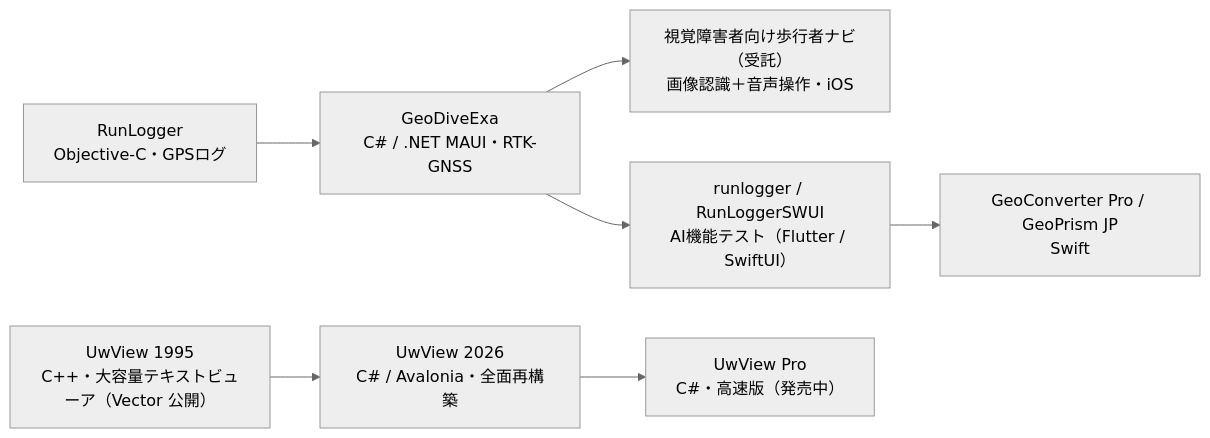
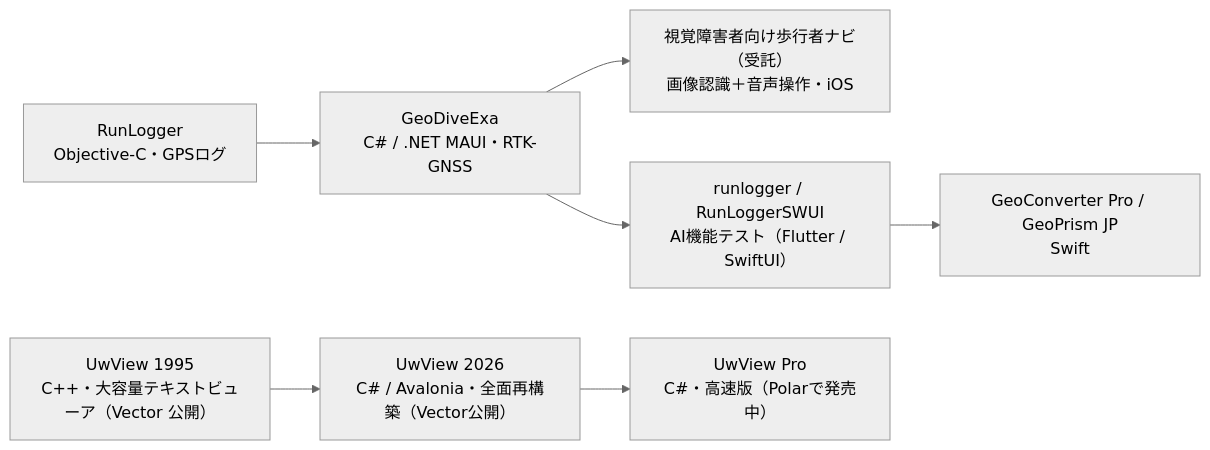
The diagram in README.md (amru195704/amru195704), drawn with Mermaid (neutral theme) before and after one commit. The commit also changed other lines of this file and 1 other file, not shown here.

Commit message:
リンク切れ修正

````diff
--- a/README.md
+++ b/README.md
@@ -100,9 +100,9 @@
 ```mermaid
 flowchart LR
     RL["RunLogger<br/>Objective-C・GPSログ"] --> GDE["GeoDiveExa<br/>C# / .NET MAUI・RTK-GNSS"]
     GDE --> NAVI["視覚障害者向け歩行者ナビ（受託）<br/>画像認識＋音声操作・iOS"]
     GDE --> TEST["runlogger / RunLoggerSWUI<br/>AI機能テスト（Flutter / SwiftUI）"]
     TEST --> SWIFT["GeoConverter Pro / GeoPrism JP<br/>Swift"]
-    UW1995["UwView 1995<br/>C++・大容量テキストビューア（Vector 公開）"] --> UW2026["UwView 2026<br/>C# / Avalonia・全面再構築"]
-    UW2026 --> UWPRO["UwView Pro<br/>C#・高速版（発売中）"]
+    UW1995["UwView 1995<br/>C++・大容量テキストビューア（Vector 公開）"] --> UW2026["UwView 2026<br/>C# / Avalonia・全面再構築（Vector公開）"]
+    UW2026 --> UWPRO["UwView Pro<br/>C#・高速版（Polarで発売中）"]
 ```
````
